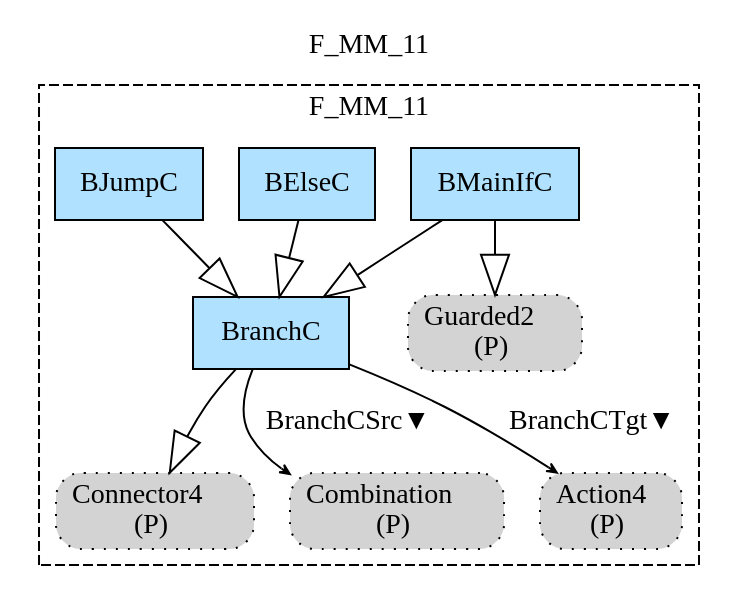
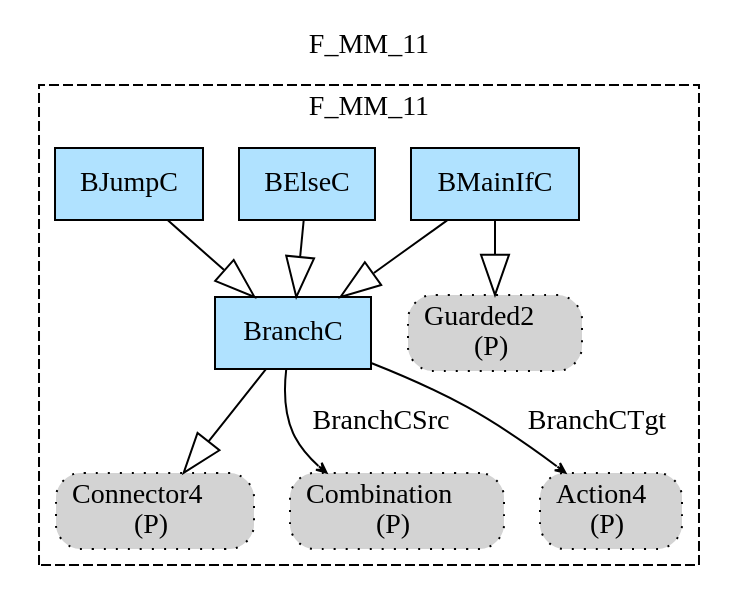
The diagram in Haskell/PCs/MM/img/F_MM_11.gv (namalio/Fragmenta), drawn with Graphviz before and after one commit. The commit also changed 157 other files, not shown here.

```diff
--- a/Haskell/PCs/MM/img/F_MM_11.gv
+++ b/Haskell/PCs/MM/img/F_MM_11.gv
@@ -1,25 +1,25 @@
 digraph {graph[label=F_MM_11,labelloc=tl,labelfontsize=12];
 subgraph cluster_F_MM_11{style=dashed;label=F_MM_11;
+"PConnector4"[shape=box,fillcolor=lightgray,style ="rounded,filled,dotted",label=<Connector4<br/>(P)>];
+"PCombination"[shape=box,fillcolor=lightgray,style ="rounded,filled,dotted",label=<Combination<br/>(P)>];
+"PAction4"[shape=box,fillcolor=lightgray,style ="rounded,filled,dotted",label=<Action4<br/>(P)>];
+"PGuarded2"[shape=box,fillcolor=lightgray,style ="rounded,filled,dotted",label=<Guarded2<br/>(P)>];
 "BMainIfC"[shape=record,fillcolor=lightskyblue1,style = filled,label="BMainIfC"];
-"PGuarded2"[shape=box,fillcolor=lightgray,style ="rounded,filled,dotted",label=<Guarded2<br/>(P)>];
 "BElseC"[shape=record,fillcolor=lightskyblue1,style = filled,label="BElseC"];
 "BJumpC"[shape=record,fillcolor=lightskyblue1,style = filled,label="BJumpC"];
-"PConnector4"[shape=box,fillcolor=lightgray,style ="rounded,filled,dotted",label=<Connector4<br/>(P)>];
-"PCombination"[shape=box,fillcolor=lightgray,style ="rounded,filled,dotted",label=<Combination<br/>(P)>];
 "BranchC"[shape=record,fillcolor=lightskyblue1,style = filled,label="BranchC"];
-"PAction4"[shape=box,fillcolor=lightgray,style ="rounded,filled,dotted",label=<Action4<br/>(P)>];
 
 "BMainIfC"->"BranchC"[arrowhead=onormal,arrowsize=2.0];
 "BMainIfC"->"PGuarded2"[arrowhead=onormal,arrowsize=2.0];
 "BElseC"->"BranchC"[arrowhead=onormal,arrowsize=2.0];
 "BJumpC"->"BranchC"[arrowhead=onormal,arrowsize=2.0];
 "BranchC"->"PConnector4"[arrowhead=onormal,arrowsize=2.0];
-"BranchC"->"PCombination"[label="BranchCSrc▼",arrowhead=vee,headlabel="",arrowsize=.5];
-"BranchC"->"PAction4"[label="BranchCTgt▼",arrowhead=vee,headlabel="",arrowsize=.5];
+"BranchC"->"PCombination"[label="BranchCSrc",arrowhead=vee,headlabel="",arrowsize=.5];
+"BranchC"->"PAction4"[label="BranchCTgt",arrowhead=vee,headlabel="",arrowsize=.5];
 
 }
 
 
 
 
 }
```
